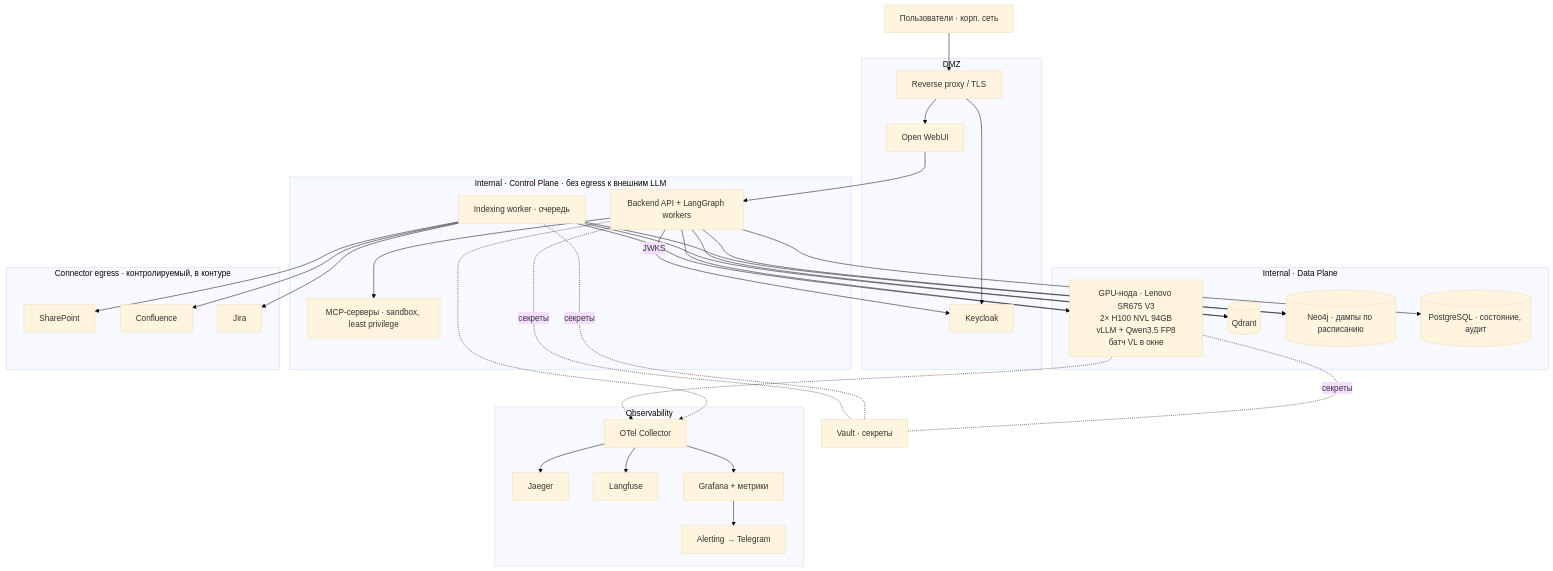
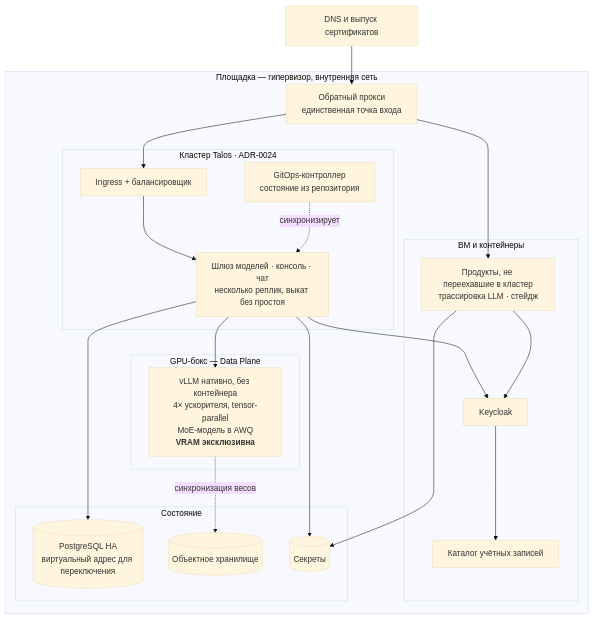
One commit to ZubikIT/ai-architect changed the fourth of 4 diagrams in final-project/docs/diagrams/c4.md. Above: the diagram before and after it, drawn with Mermaid (base theme). The commit also changed other lines of this file and 3 other files, not shown here.

````diff
--- a/final-project/docs/diagrams/c4.md
+++ b/final-project/docs/diagrams/c4.md
@@ -168,62 +145,40 @@
 ```mermaid
 flowchart TB
-  user["Пользователи · корп. сеть"]
+  cf["DNS и выпуск сертификатов"]
 
-  subgraph dmz["DMZ"]
-    proxy["Reverse proxy / TLS"]
-    owuiD["Open WebUI"]
-    kc["Keycloak"]
+  subgraph dc["Площадка — гипервизор, внутренняя сеть"]
+    npm["Обратный прокси<br/>единственная точка входа"]
+
+    subgraph k8s["Кластер Talos · ADR-0024"]
+      ing["Ingress + балансировщик"]
+      argo["GitOps-контроллер<br/>состояние из репозитория"]
+      pods["Шлюз моделей · консоль · чат<br/>несколько реплик, выкат без простоя"]
+    end
+
+    subgraph gpu["GPU-бокс — Data Plane"]
+      vllm["vLLM нативно, без контейнера<br/>4× ускорителя, tensor-parallel<br/>MoE-модель в AWQ<br/><b>VRAM эксклюзивна</b>"]
+    end
+
+    subgraph vms["ВМ и контейнеры"]
+      rest["Продукты, не переехавшие в кластер<br/>трассировка LLM · стейдж"]
+      idp["Keycloak"]
+      dirs["Каталог учётных записей"]
+    end
+
+    subgraph st["Состояние"]
+      pgc[("PostgreSQL HA<br/>виртуальный адрес для переключения")]
+      s3c[("Объектное хранилище")]
+      vlt[("Секреты")]
+    end
   end
 
-  subgraph internalCP["Internal · Control Plane · без egress к внешним LLM"]
-    apiD["Backend API + LangGraph workers"]
-    mcpD["MCP-серверы · sandbox, least privilege"]
-    ingD["Indexing worker · очередь"]
-  end
-
-  subgraph internalDP["Internal · Data Plane"]
-    gpu["GPU-нода · Lenovo SR675 V3<br/>2× H100 NVL 94GB<br/>vLLM + Qwen3.5 FP8<br/>батч VL в окне"]
-    qdrD[("Qdrant")]
-    neoD[("Neo4j · дампы по расписанию")]
-    pgD[("PostgreSQL · состояние, аудит")]
-  end
-
-  subgraph obsD["Observability"]
-    otelD["OTel Collector"]
-    jaeD["Jaeger"]
-    lfD["Langfuse"]
-    grafD["Grafana + метрики"]
-    tg["Alerting → Telegram"]
-  end
-
-  subgraph conn["Connector egress · контролируемый, в контуре"]
-    sp2["SharePoint"]
-    conf2["Confluence"]
-    jira2["Jira"]
-  end
-
-  vaultD["Vault · секреты"]
-
-  user --> proxy --> owuiD --> apiD
-  proxy --> kc
-  apiD -->|"JWKS"| kc
-  apiD --> gpu
-  apiD --> qdrD
-  apiD --> neoD
-  apiD --> pgD
-  apiD --> mcpD
-  ingD --> sp2
-  ingD --> conf2
-  ingD --> jira2
-  ingD --> gpu
-  ingD --> qdrD
-  ingD --> neoD
-  apiD -.-> otelD
-  gpu -.-> otelD
-  otelD --> jaeD
-  otelD --> lfD
-  otelD --> grafD --> tg
-  gpu -. секреты .- vaultD
-  ingD -. секреты .- vaultD
-  apiD -. секреты .- vaultD
+  cf --> npm
+  npm --> ing --> pods
+  npm --> rest
+  pods --> vllm
+  pods --> pgc
+  vllm -.->|"синхронизация весов"| s3c
+  pods & rest --> idp --> dirs
+  pods & rest --> vlt
+  argo -.->|"синхронизирует"| pods
 ```
````
